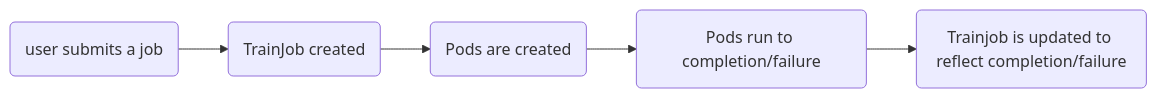
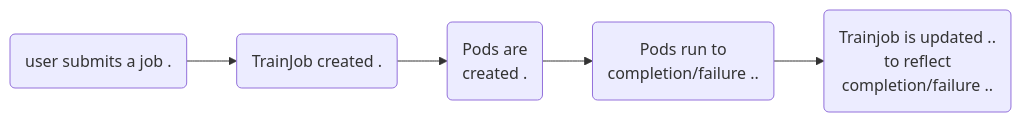
Before and after one commit to AndEsterson/talks: the first of 2 diagrams in kubeflow-trainer-proposal/index.qmd, drawn with Mermaid. The commit also changed other lines of this file and 1 other file, not shown here.

````diff
--- a/kubeflow-trainer-proposal/index.qmd
+++ b/kubeflow-trainer-proposal/index.qmd
@@ -11,7 +11,11 @@
 ```{mermaid}
 flowchart LR
-  A(user submits a job) --> B(TrainJob created)
-  B --> C(Pods are created)
-  C --> D(Pods run to completion/failure)
-  D --> E(Trainjob is updated to reflect completion/failure)
+  A(user submits a job .) --> B(TrainJob created .)
+  B --> C(Pods are 
+          created .)
+  C --> D(Pods run to 
+          completion/failure ..)
+  D --> E(Trainjob is updated .. 
+          to reflect
+          completion/failure ..)
 ```
````
